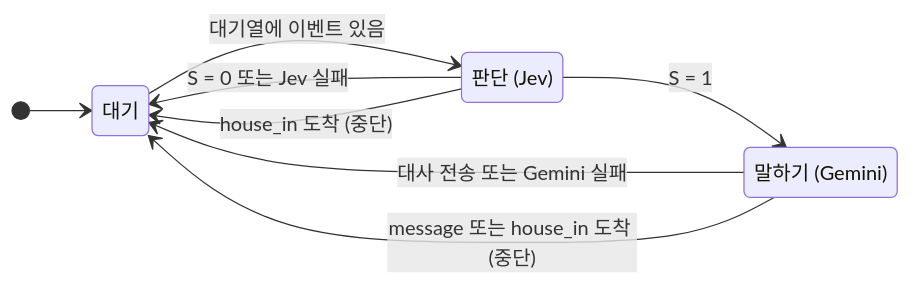
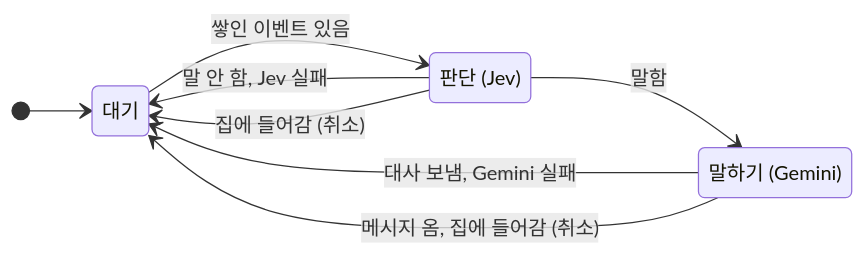
One commit to HEOSEONGILml/AssistantChatBot changed the fifth of 8 diagrams in ARCHITECTURE.md. Above: the diagram before and after it, drawn with Mermaid. The commit also changed other lines of this file and 6 other files, not shown here.

````diff
--- a/ARCHITECTURE.md
+++ b/ARCHITECTURE.md
@@ -274,14 +230,14 @@
 ```mermaid
 stateDiagram-v2
   direction LR
   state "대기" as Idle
   state "판단 (Jev)" as Judging
   state "말하기 (Gemini)" as Speaking
   [*] --> Idle
-  Idle --> Judging: 대기열에 이벤트 있음
-  Judging --> Idle: S = 0 또는 Jev 실패
-  Judging --> Speaking: S = 1
-  Speaking --> Idle: 대사 전송 또는 Gemini 실패
-  Judging --> Idle: house_in 도착 (중단)
-  Speaking --> Idle: message 또는 house_in 도착 (중단)
+  Idle --> Judging: 쌓인 이벤트 있음
+  Judging --> Idle: 말 안 함, Jev 실패
+  Judging --> Speaking: 말함
+  Speaking --> Idle: 대사 보냄, Gemini 실패
+  Judging --> Idle: 집에 들어감 (취소)
+  Speaking --> Idle: 메시지 옴, 집에 들어감 (취소)
 ```
````
